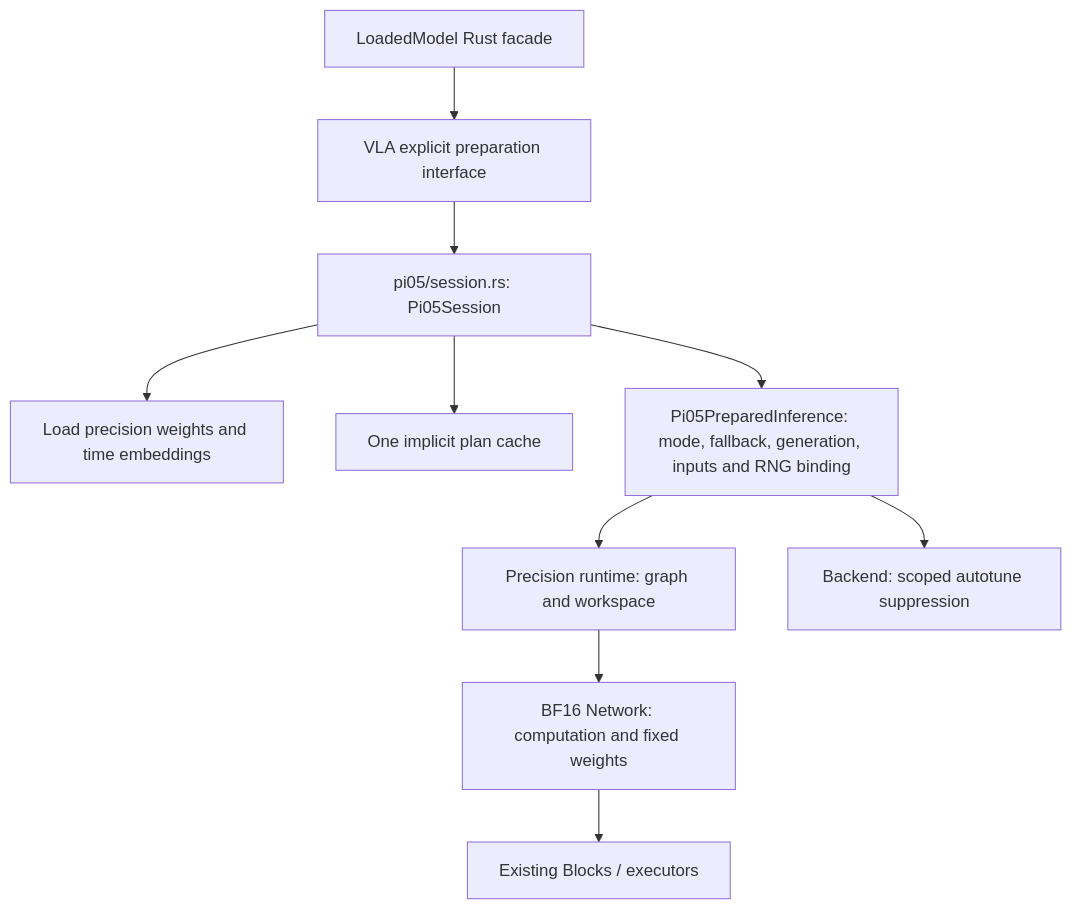
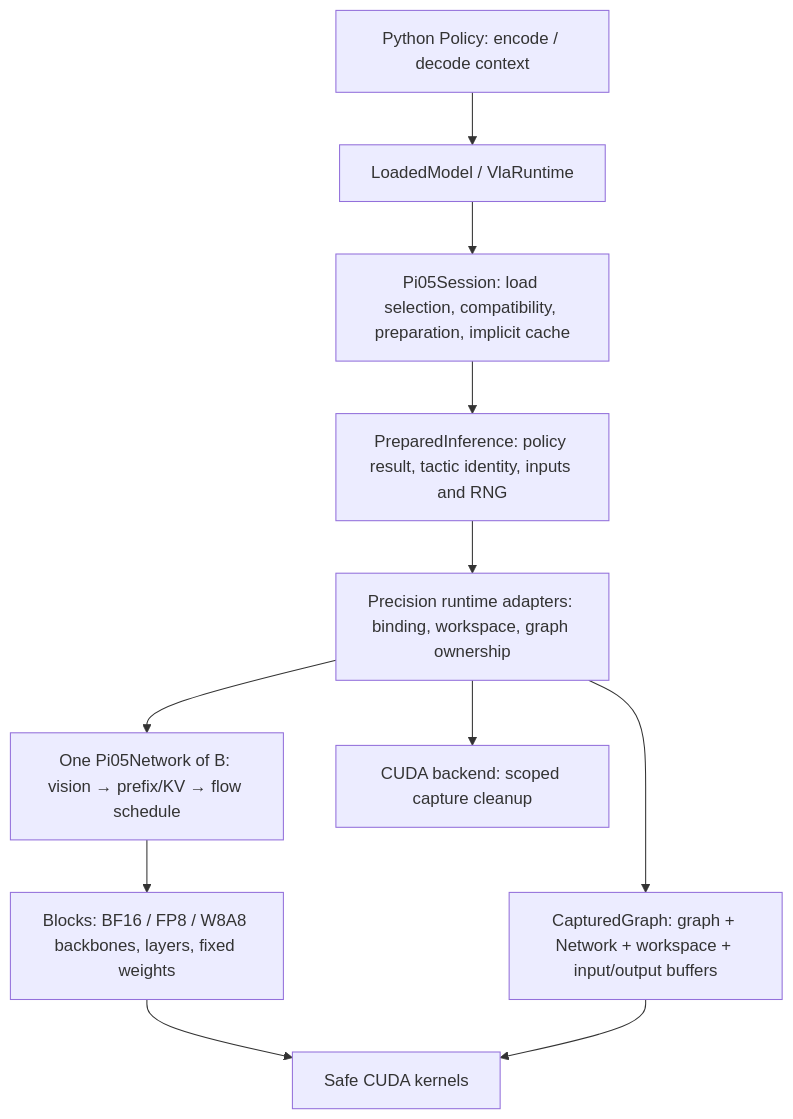
Before and after one commit to infinigence/ApxInf: the third of 3 diagrams in doc/model-lifecycle/architecture.md, drawn with Mermaid. The commit also changed other lines of this file and 5 other files, not shown here.

````diff
--- a/doc/model-lifecycle/architecture.md
+++ b/doc/model-lifecycle/architecture.md
@@ -234,12 +215,13 @@
 ```mermaid
 flowchart TB
-    U[LoadedModel Rust facade] --> I[VLA explicit preparation interface]
-    I --> S[pi05/session.rs: Pi05Session]
-    S --> L[Load precision weights and time embeddings]
-    S --> C[One implicit plan cache]
-    S --> P[Pi05PreparedInference: mode, fallback, generation, inputs and RNG binding]
-    P --> R[Precision runtime: graph and workspace]
-    R --> N[BF16 Network: computation and fixed weights]
-    N --> B[Existing Blocks / executors]
-    P --> T[Backend: scoped autotune suppression]
+    U[Python Policy: encode / decode context] --> A[LoadedModel / VlaRuntime]
+    A --> S[Pi05Session: load selection, compatibility, preparation, implicit cache]
+    S --> P[PreparedInference: policy result, tactic identity, inputs and RNG]
+    P --> R[Precision runtime adapters: binding, workspace, graph ownership]
+    R --> N[One Pi05Network of B: vision → prefix/KV → flow schedule]
+    N --> B[Blocks: BF16 / FP8 / W8A8 backbones, layers, fixed weights]
+    B --> K[Safe CUDA kernels]
+    R --> G[CapturedGraph: graph + Network + workspace + input/output buffers]
+    G --> K
+    R --> C[CUDA backend: scoped capture cleanup]
 ```
````
